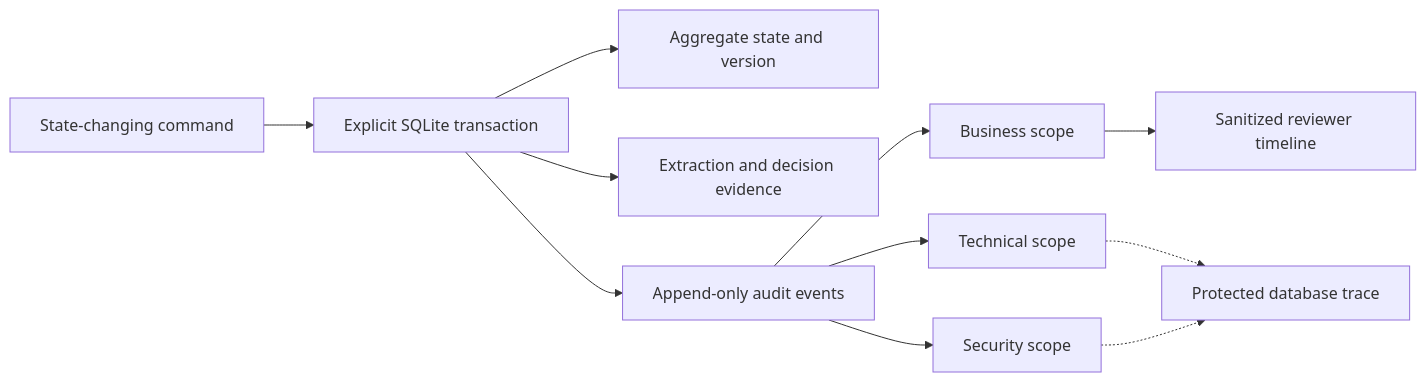
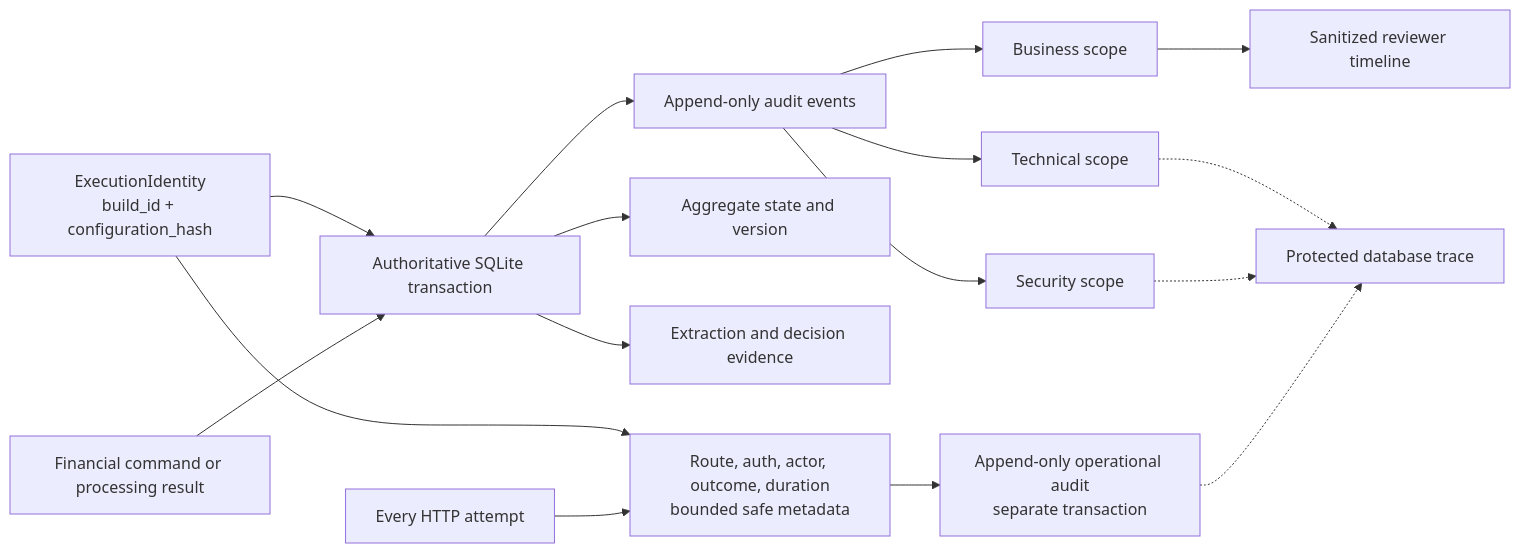
The sixth of 8 diagrams in docs/diagrams.md (Dev-Luigy/automation_luigygabriel), drawn with Mermaid before and after one commit. The commit also changed other lines of this file and 10 other files, not shown here.

Commit message:
docs: align architecture and traceability model

````diff
--- a/docs/diagrams.md
+++ b/docs/diagrams.md
@@ -259,15 +414,21 @@
 ```mermaid
 flowchart LR
-    command["State-changing command"] --> transaction["Explicit SQLite transaction"]
+    identity["ExecutionIdentity\nbuild_id + configuration_hash"] --> transaction
+    identity --> sanitizer
+    command["Financial command or processing result"] --> transaction["Authoritative SQLite transaction"]
     transaction --> aggregate["Aggregate state and version"]
     transaction --> evidence["Extraction and decision evidence"]
     transaction --> events["Append-only audit events"]
 
     events --> business["Business scope"]
     events --> technical["Technical scope"]
     events --> security["Security scope"]
 
     business --> timeline["Sanitized reviewer timeline"]
     technical -.-> protected["Protected database trace"]
     security -.-> protected
+
+    attempt["Every HTTP attempt"] --> sanitizer["Route, auth, actor, outcome, duration\nbounded safe metadata"]
+    sanitizer --> operational["Append-only operational audit\nseparate transaction"]
+    operational -.-> protected
 ```
````
